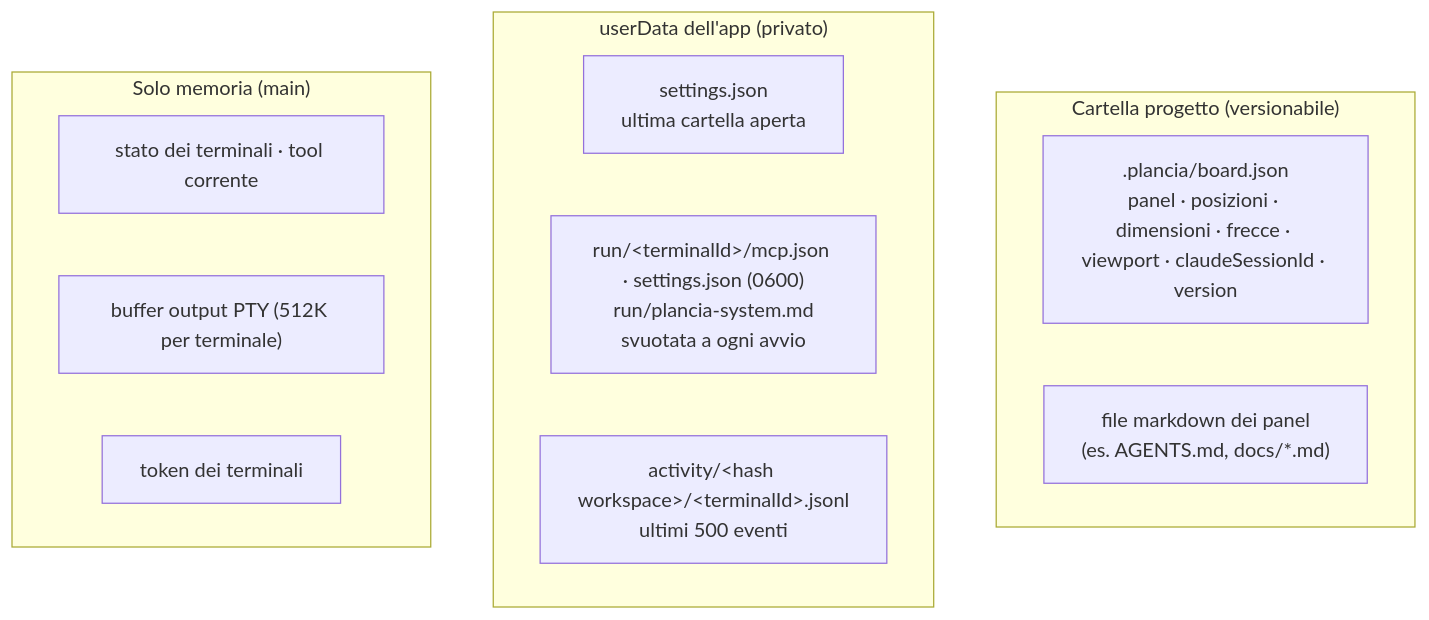
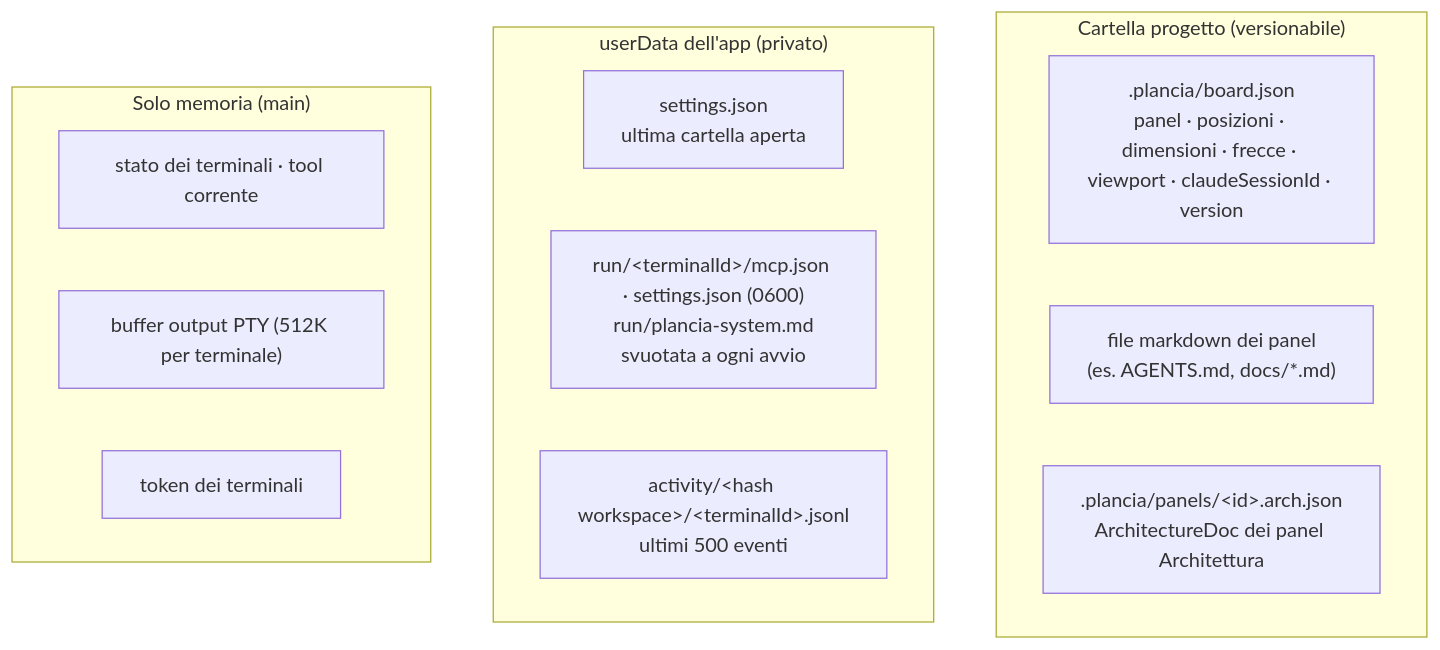
Diagram 14 of 15 in ARCHITECTURE.md (Marco-Pagnanini/OpenPlancia), drawn with Mermaid before and after one commit. The commit also changed other lines of this file and 34 other files, not shown here.

First line of the commit message:
feat: M6 architecture panel

````diff
--- a/ARCHITECTURE.md
+++ b/ARCHITECTURE.md
@@ -401,17 +463,18 @@
 ```mermaid
 flowchart TB
   subgraph PRJ["Cartella progetto (versionabile)"]
     BJ[".plancia/board.json<br/>panel · posizioni · dimensioni · frecce · viewport · claudeSessionId · version"]
     MDF["file markdown dei panel<br/>(es. AGENTS.md, docs/*.md)"]
+    ARF[".plancia/panels/&lt;id&gt;.arch.json<br/>ArchitectureDoc dei panel Architettura"]
   end
   subgraph UD["userData dell'app (privato)"]
     SET["settings.json<br/>ultima cartella aperta"]
     RUN["run/&lt;terminalId&gt;/mcp.json · settings.json (0600)<br/>run/plancia-system.md<br/>svuotata a ogni avvio"]
     ACTD["activity/&lt;hash workspace&gt;/&lt;terminalId&gt;.jsonl<br/>ultimi 500 eventi"]
   end
   subgraph MEM["Solo memoria (main)"]
     RT["stato dei terminali · tool corrente"]
     BUF["buffer output PTY (512K per terminale)"]
     TOK["token dei terminali"]
   end
 ```
````
